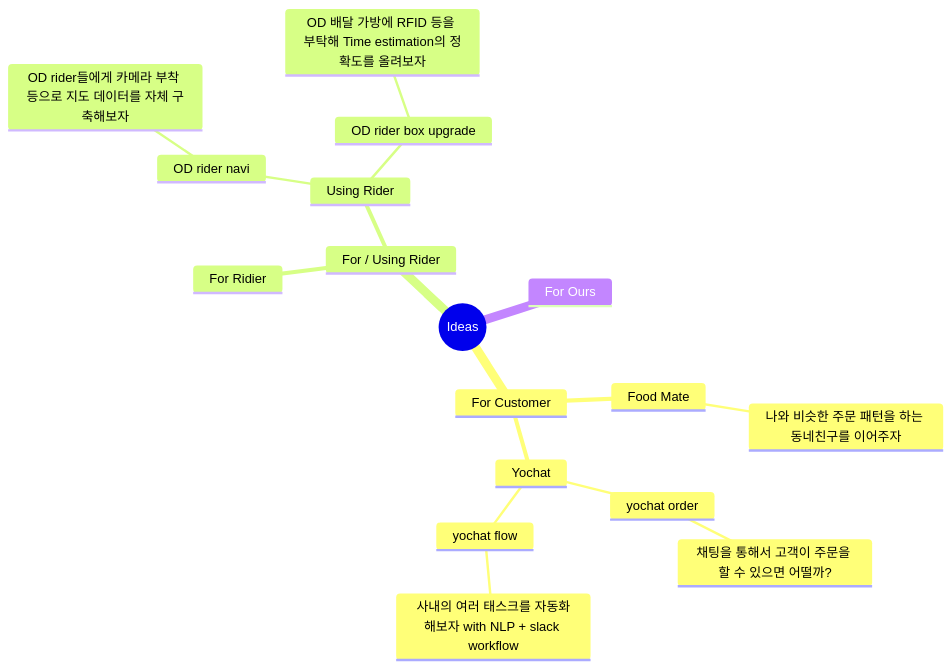
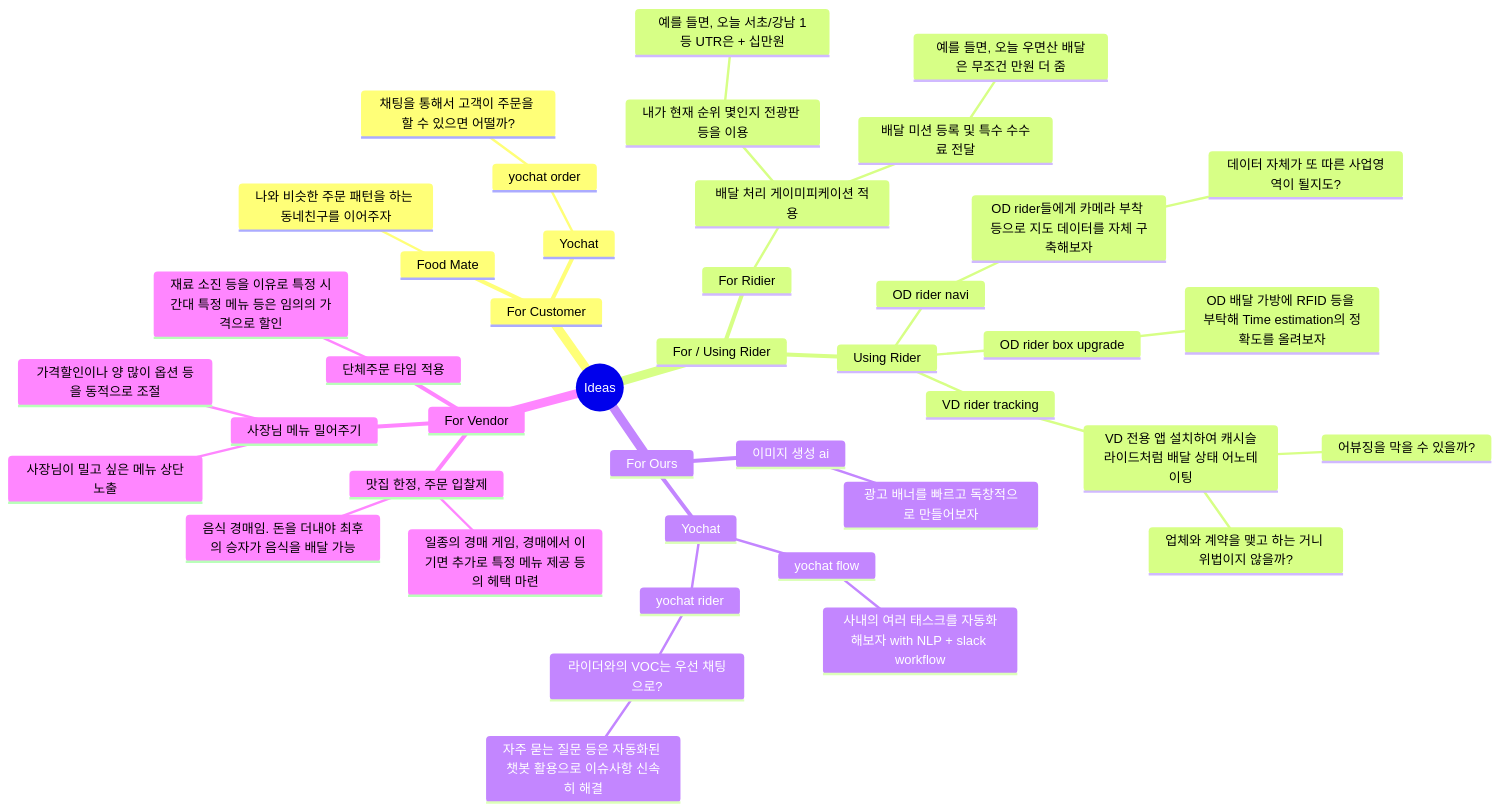
The diagram in README.md (cheehoon-lee/2023-wesang-challenge), drawn with Mermaid before and after one commit.

````diff
--- a/README.md
+++ b/README.md
@@ -3,26 +3,56 @@
 ```mermaid
 mindmap
   root((Ideas))
     For Customer
       Food Mate
         나와 비슷한 주문 패턴을 하는 동네친구를 이어주자
       Yochat
         yochat order
           채팅을 통해서 고객이 주문을 할 수 있으면 어떨까?
-        yochat flow
-          사내의 여러 태스크를 자동화해보자 with NLP + slack workflow
+      
+        
     For / Using Rider
       For Ridier
+        배달 처리 게이미피케이션 적용
+          내가 현재 순위 몇인지 전광판 등을 이용
+            예를 들면, 오늘 서초/강남 1등 UTR은 + 십만원
+          배달 미션 등록 및 특수 수수료 전달
+            예를 들면, 오늘 우면산 배달은 무조건 만원 더 줌
       Using Rider
         OD rider navi
           OD rider들에게 카메라 부착 등으로 지도 데이터를 자체 구축해보자
+            데이터 자체가 또 따른 사업영역이 될지도?
         OD rider box upgrade
           OD 배달 가방에 RFID 등을 부탁해 Time estimation의 정확도를 올려보자
+        VD rider tracking
+          VD 전용 앱 설치하여 캐시슬라이드처럼 배달 상태 어노테이팅
+            어뷰징을 막을 수 있을까?
+            업체와 계약을 맺고 하는 거니 위법이지 않을까?
+
     For Ours
+      이미지 생성 ai
+        광고 배너를 빠르고 독창적으로 만들어보자
+      Yochat
+        yochat flow
+          사내의 여러 태스크를 자동화해보자 with NLP + slack workflow
+        yochat rider
+          라이더와의 VOC는 우선 채팅으로?
+            자주 묻는 질문 등은 자동화된 챗봇 활용으로 이슈사항 신속히 해결
+
+    For Vendor
+      사장님 메뉴 밀어주기
+        사장님이 밀고 싶은 메뉴 상단노출
+        가격할인이나 양 많이 옵션 등을 동적으로 조절
+      단체주문 타임 적용
+        재료 소진 등을 이유로 특정 시간대 특정 메뉴 등은 임의의 가격으로 할인
+      맛집 한정, 주문 입찰제
+        음식 경매임. 돈을 더내야 최후의 승자가 음식을 배달 가능
+        일종의 경매 게임, 경매에서 이기면 추가로 특정 메뉴 제공 등의 헤택 마련
+        
     
     
       
       
 
 
 ```
````
